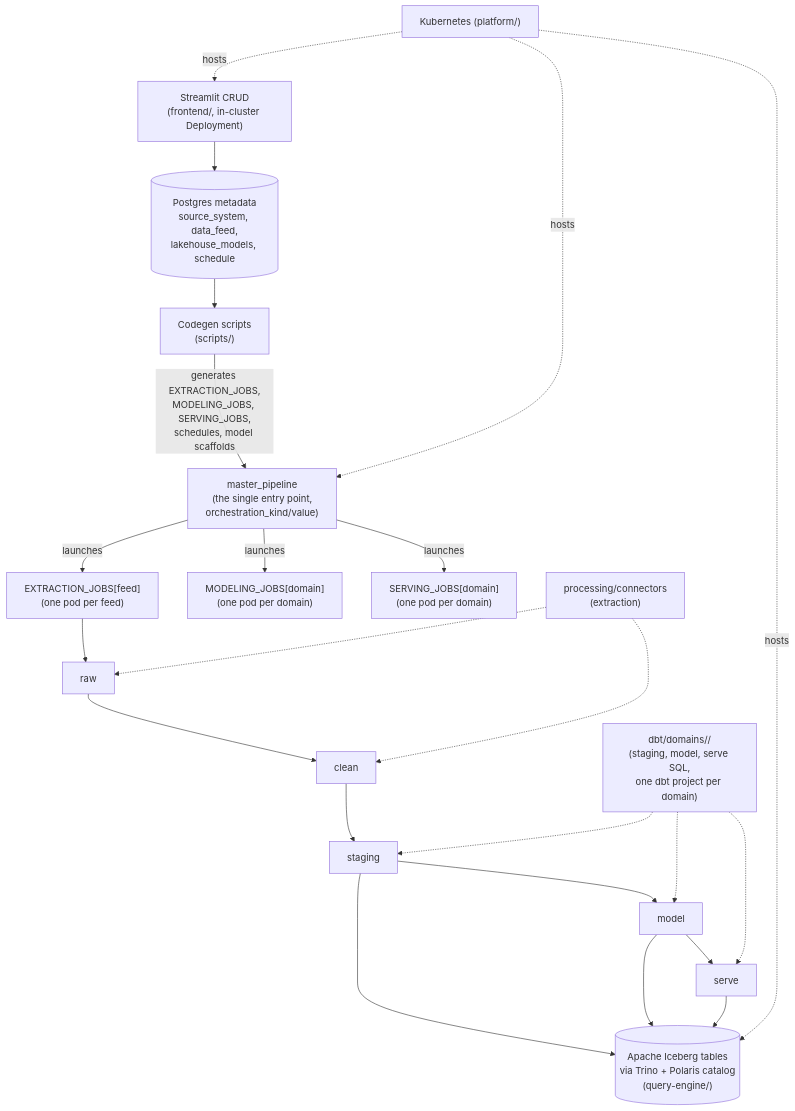
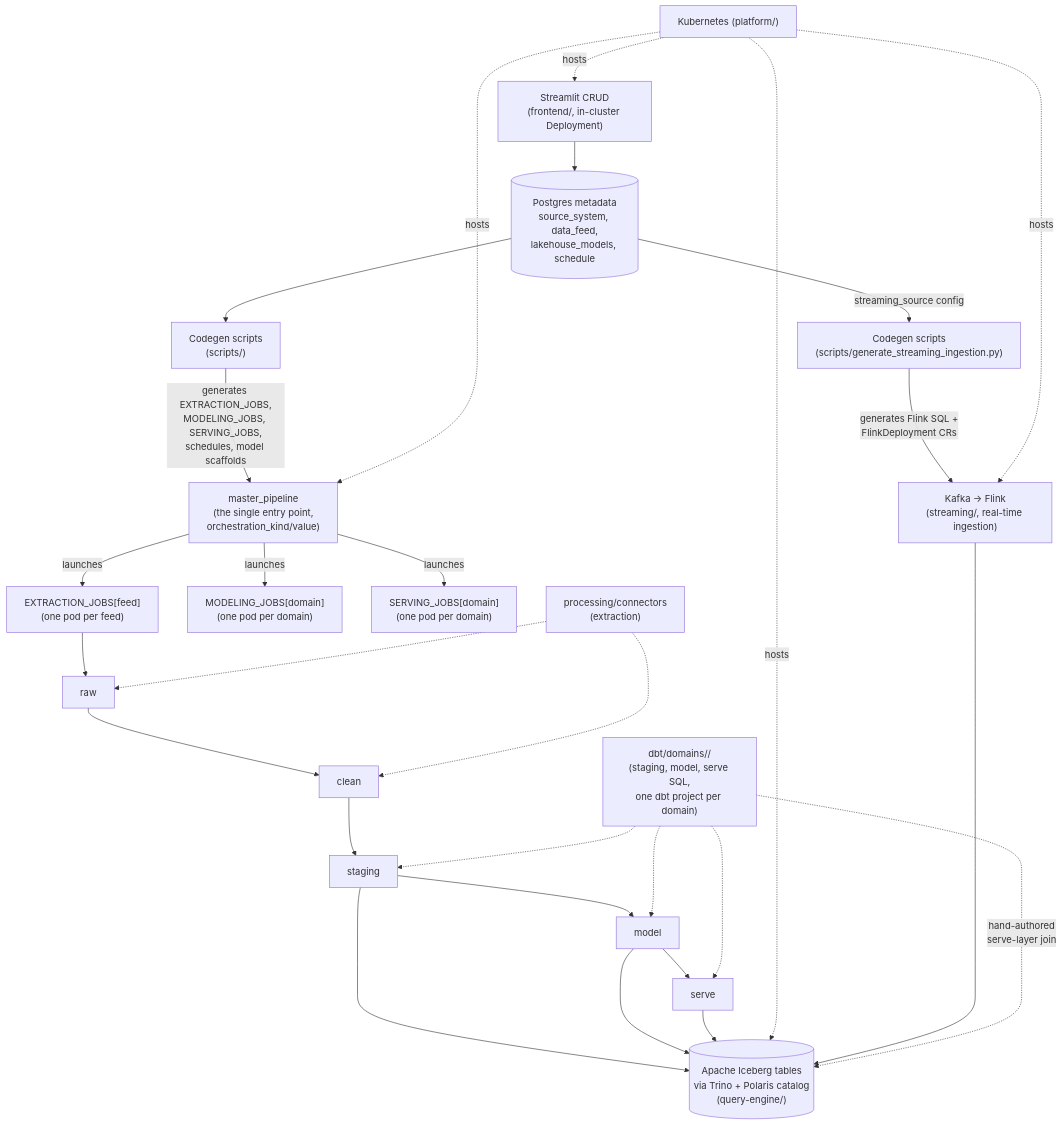
The diagram in README.md (Ze1598/data-platform), drawn with Mermaid before and after one commit. The commit also changed other lines of this file and 2 other files, not shown here.

````diff
--- a/README.md
+++ b/README.md
@@ -9,30 +9,36 @@
 ```mermaid
 flowchart TB
     UI["Streamlit CRUD\n(frontend/, in-cluster Deployment)"] --> META[("Postgres metadata\nsource_system, data_feed,\nlakehouse_models, schedule")]
     META --> CG["Codegen scripts\n(scripts/)"]
     CG -->|"generates EXTRACTION_JOBS,\nMODELING_JOBS, SERVING_JOBS,\nschedules, model scaffolds"| MP["master_pipeline\n(the single entry point,\norchestration_kind/value)"]
 
     MP -->|launches| EJ["EXTRACTION_JOBS[feed]\n(one pod per feed)"]
     MP -->|launches| MJ["MODELING_JOBS[domain]\n(one pod per domain)"]
     MP -->|launches| SJ["SERVING_JOBS[domain]\n(one pod per domain)"]
 
     EJ --> RA[raw]
     RA --> C[clean]
     C --> S[staging]
     S --> MO[model]
     MO --> SE[serve]
 
     CONN["processing/connectors\n(extraction)"] -.-> RA
     CONN -.-> C
     DBT["dbt/domains/<domain>/\n(staging, model, serve SQL,\none dbt project per domain)"] -.-> S
     DBT -.-> MO
     DBT -.-> SE
 
     S --> ICE[("Apache Iceberg tables\nvia Trino + Polaris catalog\n(query-engine/)")]
     MO --> ICE
     SE --> ICE
 
     K8S["Kubernetes (platform/)"] -. hosts .-> MP
     K8S -. hosts .-> ICE
     K8S -. hosts .-> UI
+
+    META -->|"streaming_source config"| SCG["Codegen scripts\n(scripts/generate_streaming_ingestion.py)"]
+    SCG -->|"generates Flink SQL +\nFlinkDeployment CRs"| KFK["Kafka -> Flink\n(streaming/, real-time ingestion)"]
+    KFK --> ICE
+    DBT -.->|"hand-authored\nserve-layer join"| ICE
+    K8S -. hosts .-> KFK
 ```
````
